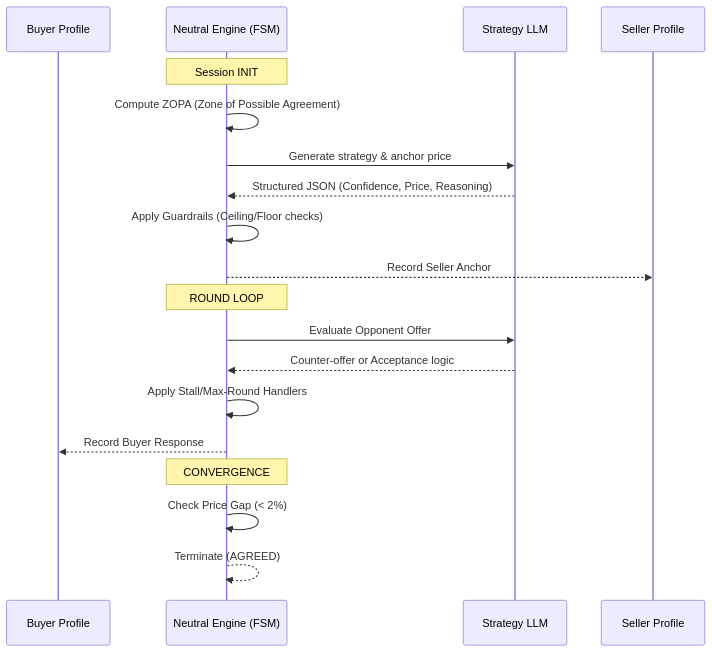
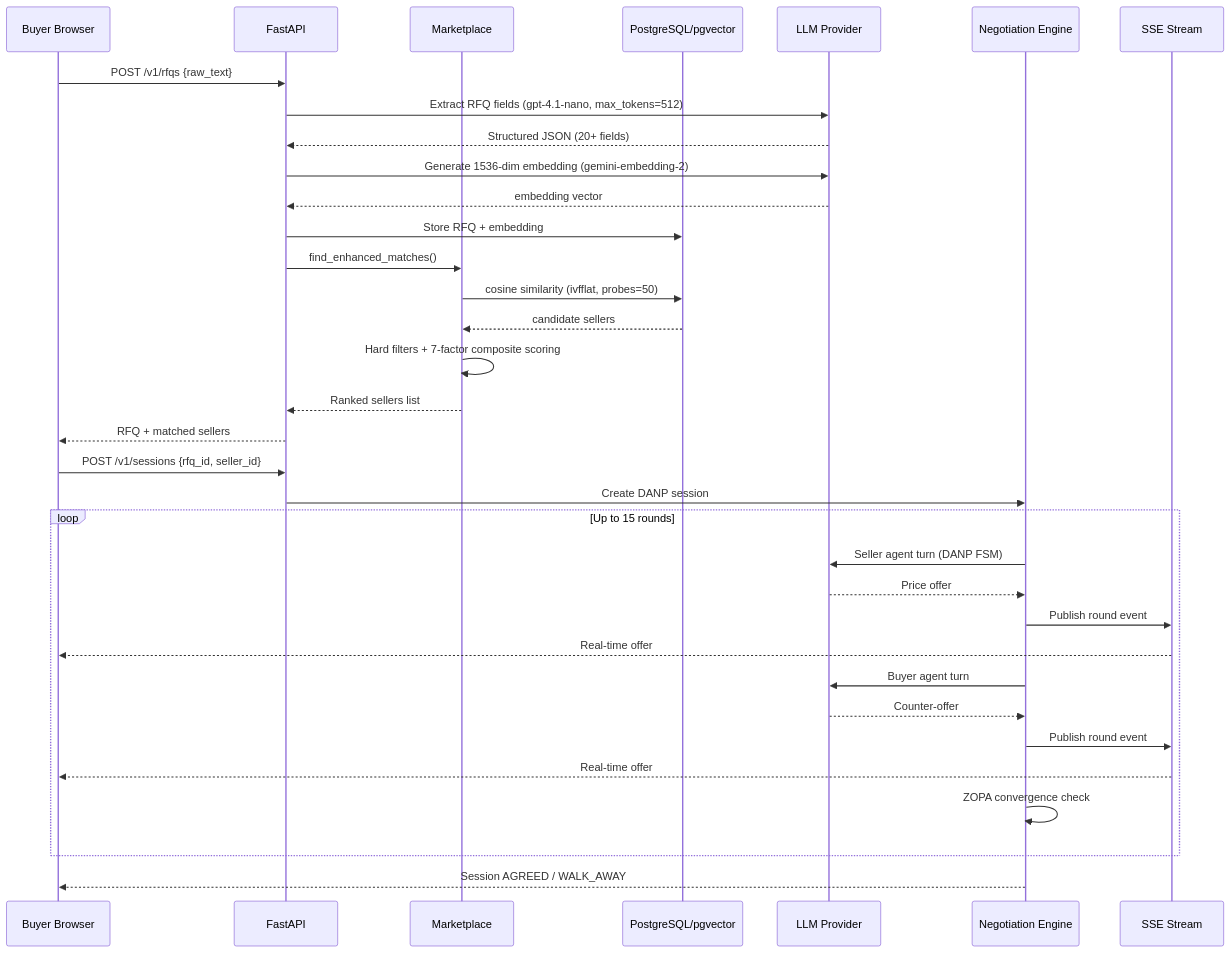
One commit to shreyaaassss/cadencia-magic-wallet changed the second of 7 diagrams in README.md. Above: the diagram before and after it, drawn with Mermaid. The commit also changed other lines of this file, not shown here.

````diff
--- a/README.md
+++ b/README.md
@@ -52,24 +152,38 @@
 ```mermaid
 sequenceDiagram
-    participant Buyer as Buyer Profile
-    participant NE as Neutral Engine (FSM)
-    participant LLM as Strategy LLM
-    participant Seller as Seller Profile
+    participant B as Buyer Browser
+    participant API as FastAPI
+    participant MP as Marketplace
+    participant PG as PostgreSQL/pgvector
+    participant LLM as LLM Provider
+    participant NEG as Negotiation Engine
+    participant SSE as SSE Stream
 
-    Note over NE: Session INIT
-    NE->>NE: Compute ZOPA (Zone of Possible Agreement)
-    NE->>LLM: Generate strategy & anchor price
-    LLM-->>NE: Structured JSON (Confidence, Price, Reasoning)
-    NE->>NE: Apply Guardrails (Ceiling/Floor checks)
-    NE-->>Seller: Record Seller Anchor
-    
-    Note over NE: ROUND LOOP
-    NE->>LLM: Evaluate Opponent Offer
-    LLM-->>NE: Counter-offer or Acceptance logic
-    NE->>NE: Apply Stall/Max-Round Handlers
-    NE-->>Buyer: Record Buyer Response
-    
-    Note over NE: CONVERGENCE
-    NE->>NE: Check Price Gap (< 2%)
-    NE-->>NE: Terminate (AGREED)
+    B->>API: POST /v1/rfqs {raw_text}
+    API->>LLM: Extract RFQ fields (gpt-4.1-nano, max_tokens=512)
+    LLM-->>API: Structured JSON (20+ fields)
+    API->>LLM: Generate 1536-dim embedding (gemini-embedding-2)
+    LLM-->>API: embedding vector
+    API->>PG: Store RFQ + embedding
+    API->>MP: find_enhanced_matches()
+    MP->>PG: cosine similarity (ivfflat, probes=50)
+    PG-->>MP: candidate sellers
+    MP->>MP: Hard filters + 7-factor composite scoring
+    MP-->>API: Ranked sellers list
+    API-->>B: RFQ + matched sellers
+
+    B->>API: POST /v1/sessions {rfq_id, seller_id}
+    API->>NEG: Create DANP session
+    loop Up to 15 rounds
+        NEG->>LLM: Seller agent turn (DANP FSM)
+        LLM-->>NEG: Price offer
+        NEG->>SSE: Publish round event
+        SSE-->>B: Real-time offer
+        NEG->>LLM: Buyer agent turn
+        LLM-->>NEG: Counter-offer
+        NEG->>SSE: Publish round event
+        SSE-->>B: Real-time offer
+        NEG->>NEG: ZOPA convergence check
+    end
+    NEG-->>B: Session AGREED / WALK_AWAY
 ```
````
